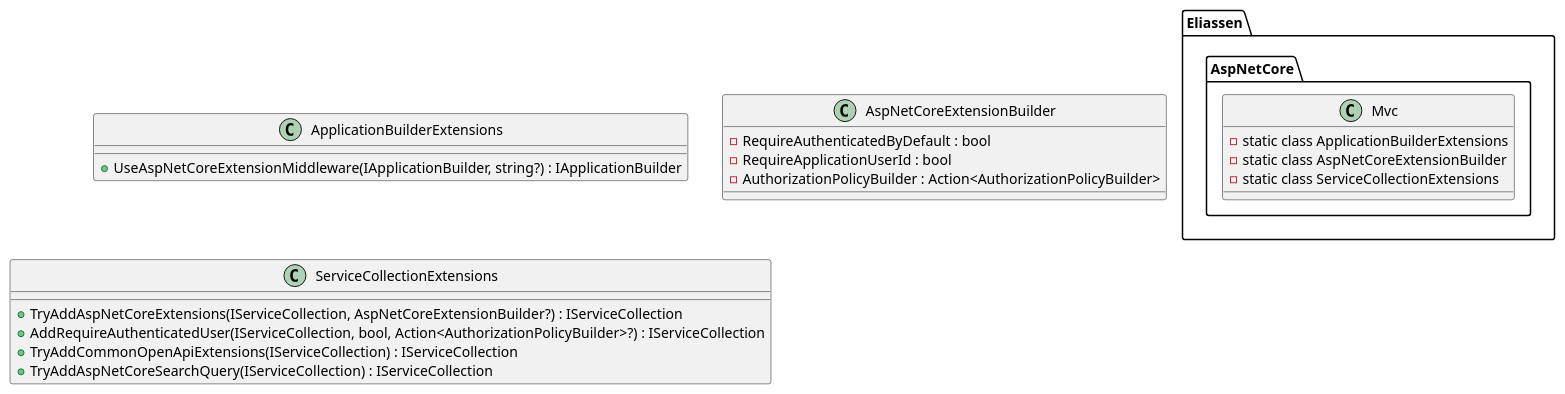
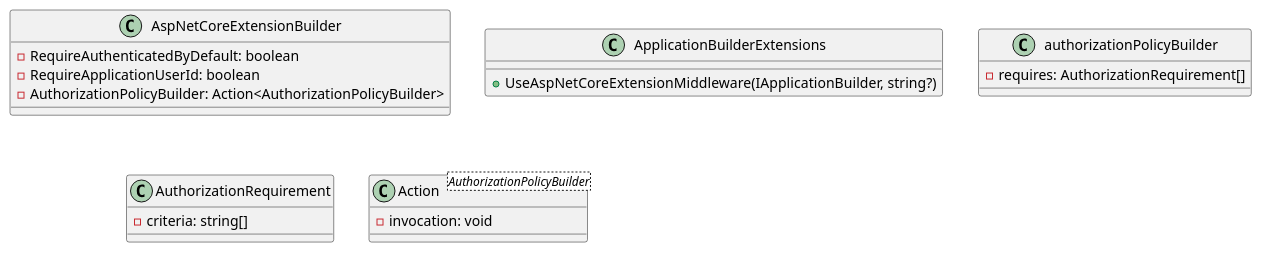
The first of 3 diagrams in docs/generated/Framework/Eliassen.AspNetCore.Mvc/Documentation.md (mwwhited-forks/dotnet-libs), drawn with PlantUML before and after one commit. The commit also changed other lines of this file and 444 other files, not shown here.

````diff
--- a/docs/generated/Framework/Eliassen.AspNetCore.Mvc/Documentation.md
+++ b/docs/generated/Framework/Eliassen.AspNetCore.Mvc/Documentation.md
@@ -58,27 +9,21 @@
 ```plantuml
 @startuml
-class Eliassen.AspNetCore.Mvc {
-  -static class ApplicationBuilderExtensions
-  -static class AspNetCoreExtensionBuilder
-  -static class ServiceCollectionExtensions
+class AspNetCoreExtensionBuilder {
+  - RequireAuthenticatedByDefault: boolean
+  - RequireApplicationUserId: boolean
+  - AuthorizationPolicyBuilder: Action<AuthorizationPolicyBuilder>
 }
-
 class ApplicationBuilderExtensions {
-  +UseAspNetCoreExtensionMiddleware(IApplicationBuilder, string?) : IApplicationBuilder
+  + UseAspNetCoreExtensionMiddleware(IApplicationBuilder, string?)
 }
-
-class AspNetCoreExtensionBuilder {
-  -RequireAuthenticatedByDefault : bool
-  -RequireApplicationUserId : bool
-  -AuthorizationPolicyBuilder : Action<AuthorizationPolicyBuilder>
+class authorizationPolicyBuilder {
+  - requires: AuthorizationRequirement[]
 }
-
-class ServiceCollectionExtensions {
-  +TryAddAspNetCoreExtensions(IServiceCollection, AspNetCoreExtensionBuilder?) : IServiceCollection
-  +AddRequireAuthenticatedUser(IServiceCollection, bool, Action<AuthorizationPolicyBuilder>?) : IServiceCollection
-  +TryAddCommonOpenApiExtensions(IServiceCollection) : IServiceCollection
-  +TryAddAspNetCoreSearchQuery(IServiceCollection) : IServiceCollection
+class AuthorizationRequirement {
+  - criteria: string[]
 }
-
+class Action<AuthorizationPolicyBuilder> {
+  - invocation: void
+}
 @enduml
 ```
````
